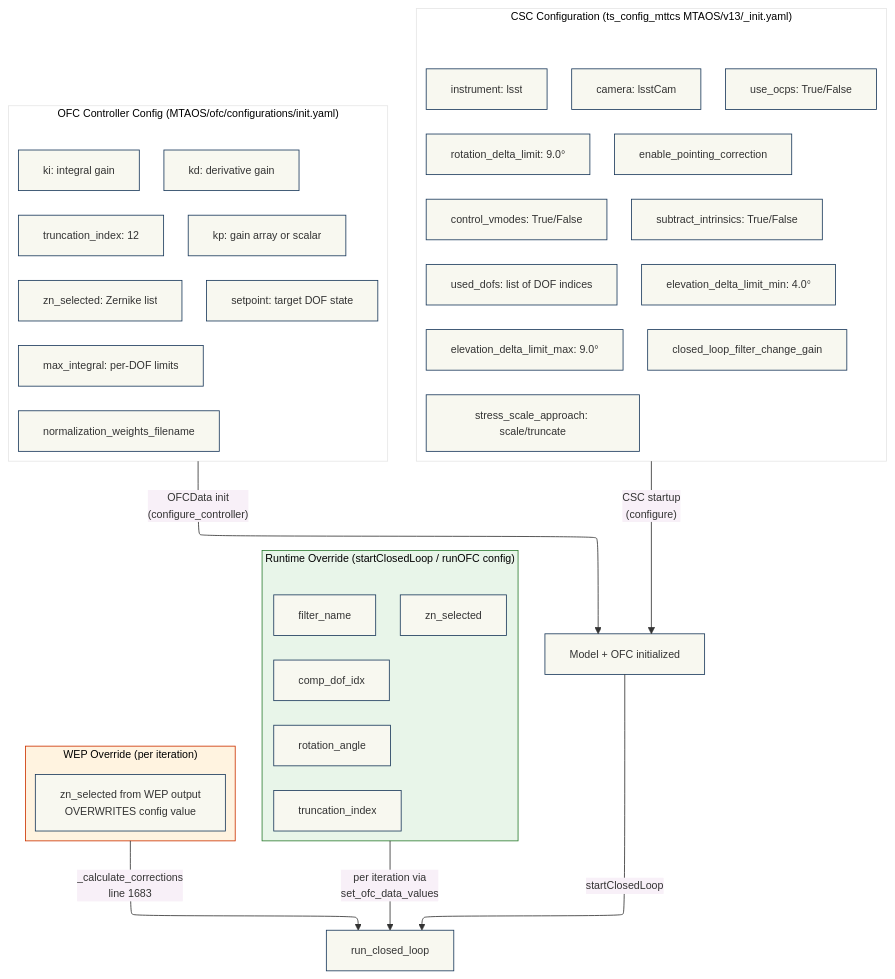
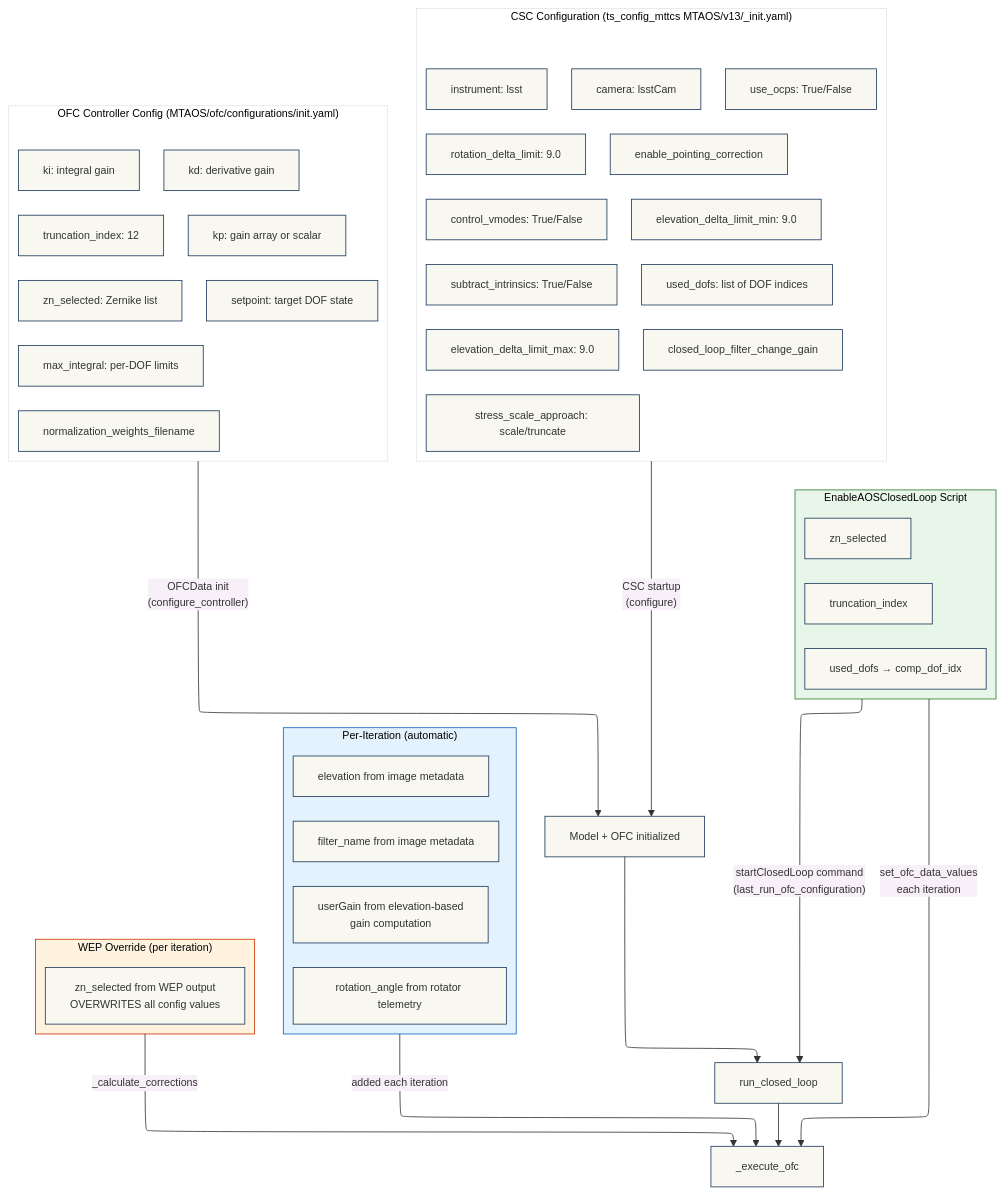
Before and after one commit to lsst-ts/ts_mtaos: the diagram in doc/closed-loop/_static/config_flow.mmd, drawn with Mermaid. The commit also changed 4 other files, not shown here.

Commit message:
Update configuration reference with actual ts_config_mttcs defaults.

```diff
--- a/doc/closed-loop/_static/config_flow.mmd
+++ b/doc/closed-loop/_static/config_flow.mmd
@@ -1,61 +1,71 @@
 ---
 config:
   theme: base
   themeVariables:
     primaryColor: '#f8f8f0'
     primaryBorderColor: '#1b3a5c'
     lineColor: '#333'
     fontSize: 13px
   layout: elk
 ---
 flowchart TB
     subgraph CSC_CONFIG["CSC Configuration (ts_config_mttcs MTAOS/v13/_init.yaml)"]
         direction TB
         CSC_CAMERA[camera: lsstCam]
         CSC_INSTRUMENT[instrument: lsst]
         CSC_VMODES[control_vmodes: True/False]
         CSC_DOFS[used_dofs: list of DOF indices]
         CSC_SUBTRACT[subtract_intrinsics: True/False]
-        CSC_EL_MAX[elevation_delta_limit_max: 9.0°]
-        CSC_EL_MIN[elevation_delta_limit_min: 4.0°]
-        CSC_ROT[rotation_delta_limit: 9.0°]
+        CSC_EL_MAX[elevation_delta_limit_max: 9.0]
+        CSC_EL_MIN[elevation_delta_limit_min: 9.0]
+        CSC_ROT[rotation_delta_limit: 9.0]
         CSC_STRESS[stress_scale_approach: scale/truncate]
         CSC_OCPS[use_ocps: True/False]
         CSC_FILTER_GAIN[closed_loop_filter_change_gain]
         CSC_POINTING[enable_pointing_correction]
     end
 
     subgraph OFC_CONFIG["OFC Controller Config (MTAOS/ofc/configurations/init.yaml)"]
         direction TB
         OFC_KP[kp: gain array or scalar]
         OFC_KI[ki: integral gain]
         OFC_KD[kd: derivative gain]
         OFC_TRUNC[truncation_index: 12]
         OFC_ZN[zn_selected: Zernike list]
         OFC_SETPOINT[setpoint: target DOF state]
         OFC_MAX_INT[max_integral: per-DOF limits]
         OFC_NORM[normalization_weights_filename]
     end
 
-    subgraph RUNTIME["Runtime Override (startClosedLoop / runOFC config)"]
+    subgraph SCRIPT["EnableAOSClosedLoop Script"]
         direction TB
-        RT_TRUNC[truncation_index]
-        RT_COMP[comp_dof_idx]
-        RT_ZN[zn_selected]
-        RT_FILTER[filter_name]
-        RT_ROT[rotation_angle]
+        SC_DOFS[used_dofs → comp_dof_idx]
+        SC_TRUNC[truncation_index]
+        SC_ZN[zn_selected]
+    end
+
+    subgraph PER_ITER["Per-Iteration (automatic)"]
+        direction TB
+        PI_FILTER[filter_name from image metadata]
+        PI_EL[elevation from image metadata]
+        PI_ROT[rotation_angle from rotator telemetry]
+        PI_GAIN[userGain from elevation-based<br/>gain computation]
     end
 
     subgraph WEP_OVERRIDE["WEP Override (per iteration)"]
         direction TB
-        WEP_ZN[zn_selected from WEP output<br/>OVERWRITES config value]
+        WEP_ZN[zn_selected from WEP output<br/>OVERWRITES all config values]
     end
 
     CSC_CONFIG -->|"CSC startup<br/>(configure)"| MODEL[Model + OFC initialized]
     OFC_CONFIG -->|"OFCData init<br/>(configure_controller)"| MODEL
-    MODEL -->|startClosedLoop| LOOP[run_closed_loop]
-    RUNTIME -->|per iteration via<br/>set_ofc_data_values| LOOP
-    WEP_OVERRIDE -->|_calculate_corrections<br/>line 1683| LOOP
+    SCRIPT -->|"startClosedLoop command<br/>(last_run_ofc_configuration)"| LOOP[run_closed_loop]
+    MODEL --> LOOP
+    PER_ITER -->|"added each iteration"| OFC_CALL[_execute_ofc]
+    SCRIPT -->|"set_ofc_data_values<br/>each iteration"| OFC_CALL
+    LOOP --> OFC_CALL
+    WEP_OVERRIDE -->|"_calculate_corrections"| OFC_CALL
 
     style WEP_OVERRIDE fill:#fff3e0,stroke:#cc3300
-    style RUNTIME fill:#e8f5e9,stroke:#2e7d32
+    style SCRIPT fill:#e8f5e9,stroke:#2e7d32
+    style PER_ITER fill:#e3f2fd,stroke:#1565c0
```
